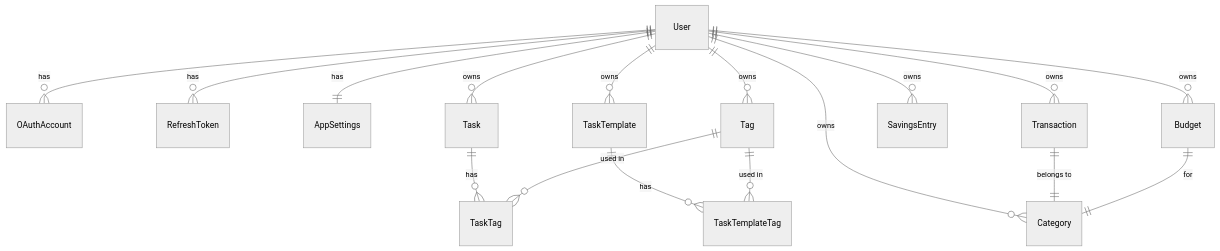
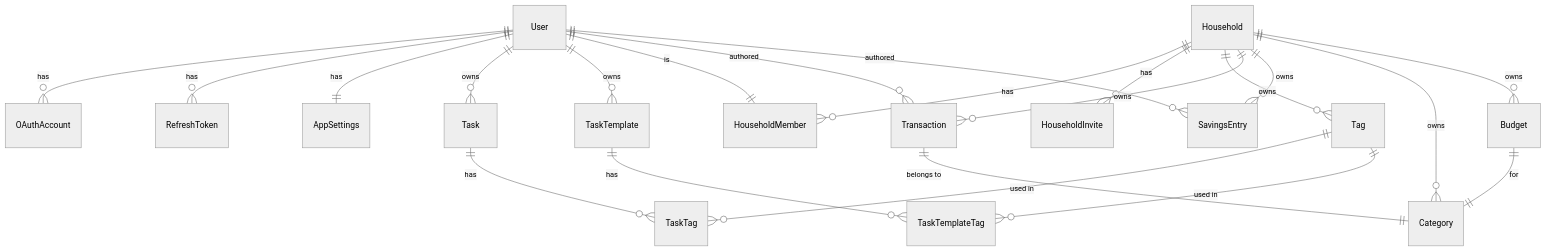
One commit to woB2K/Nuxt-MyDay changed the first of 2 diagrams in ARCHITECTURE.md. Above: the diagram before and after it, drawn with Mermaid (neutral theme). The commit also changed other lines of this file and 56 other files, not shown here.

````diff
--- a/ARCHITECTURE.md
+++ b/ARCHITECTURE.md
@@ -38,22 +39,27 @@
 ```mermaid
 erDiagram
     User ||--o{ OAuthAccount : "has"
     User ||--o{ RefreshToken : "has"
     User ||--|| AppSettings : "has"
     User ||--o{ Task : "owns"
     User ||--o{ TaskTemplate : "owns"
-    User ||--o{ Tag : "owns"
-    User ||--o{ Transaction : "owns"
-    User ||--o{ SavingsEntry : "owns"
-    User ||--o{ Category : "owns"
-    User ||--o{ Budget : "owns"
+    User ||--|| HouseholdMember : "is"
+    Household ||--o{ HouseholdMember : "has"
+    Household ||--o{ HouseholdInvite : "has"
+    Household ||--o{ Tag : "owns"
+    Household ||--o{ Transaction : "owns"
+    Household ||--o{ SavingsEntry : "owns"
+    Household ||--o{ Category : "owns"
+    Household ||--o{ Budget : "owns"
+    User ||--o{ Transaction : "authored"
+    User ||--o{ SavingsEntry : "authored"
 
     Task ||--o{ TaskTag : "has"
     Tag  ||--o{ TaskTag : "used in"
 
     TaskTemplate ||--o{ TaskTemplateTag : "has"
     Tag          ||--o{ TaskTemplateTag : "used in"
 
     Transaction ||--|| Category : "belongs to"
     Budget      ||--|| Category : "for"
 ```
````
